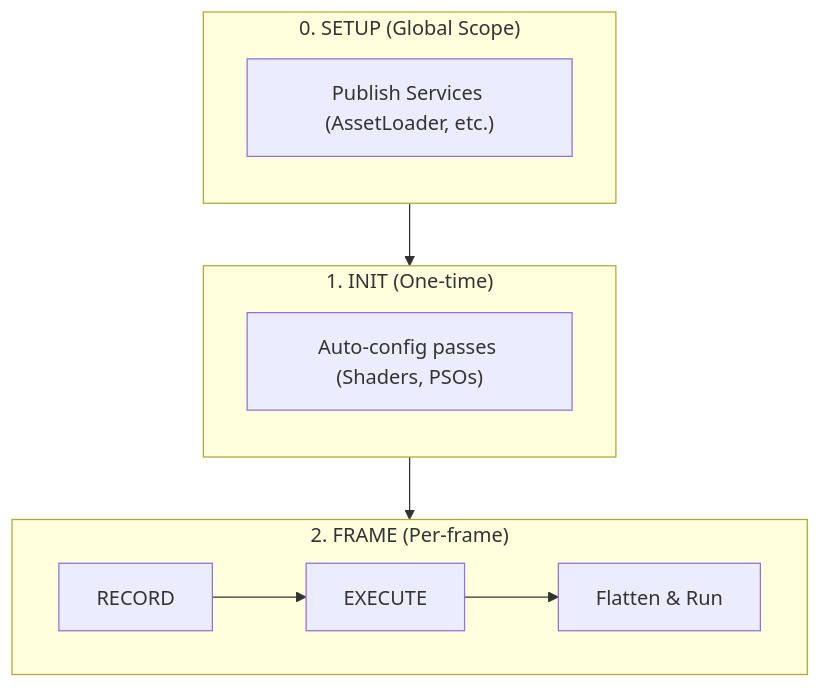
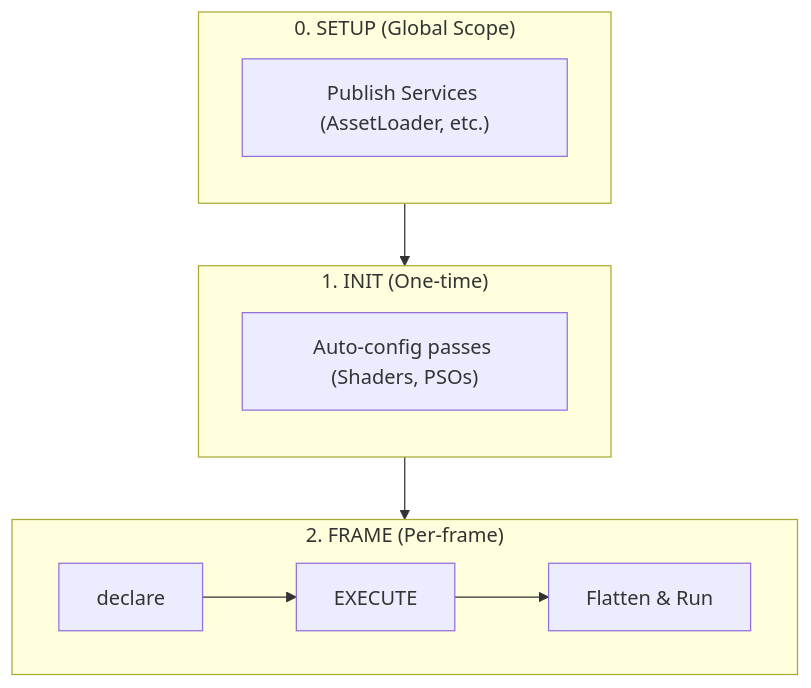
The first of 2 diagrams in doc/frame_graph_design.md (doomtr666/i3), drawn with Mermaid before and after one commit. The commit also changed other lines of this file and 36 other files, not shown here.

````diff
--- a/doc/frame_graph_design.md
+++ b/doc/frame_graph_design.md
@@ -90,21 +90,21 @@
 ```mermaid
 graph TD
     subgraph Setup ["0. SETUP (Global Scope)"]
         direction TB
         S1["Publish Services (AssetLoader, etc.)"]
     end
     
     subgraph Init ["1. INIT (One-time)"]
         direction TB
         I1["Auto-config passes (Shaders, PSOs)"]
     end
     
     subgraph Frame ["2. FRAME (Per-frame)"]
         direction LR
-        R["RECORD"] --> E["EXECUTE"]
+        R["declare"] --> E["EXECUTE"]
         E --> F["Flatten & Run"]
     end
 
     Setup --> Init
     Init --> Frame
 ```
````
